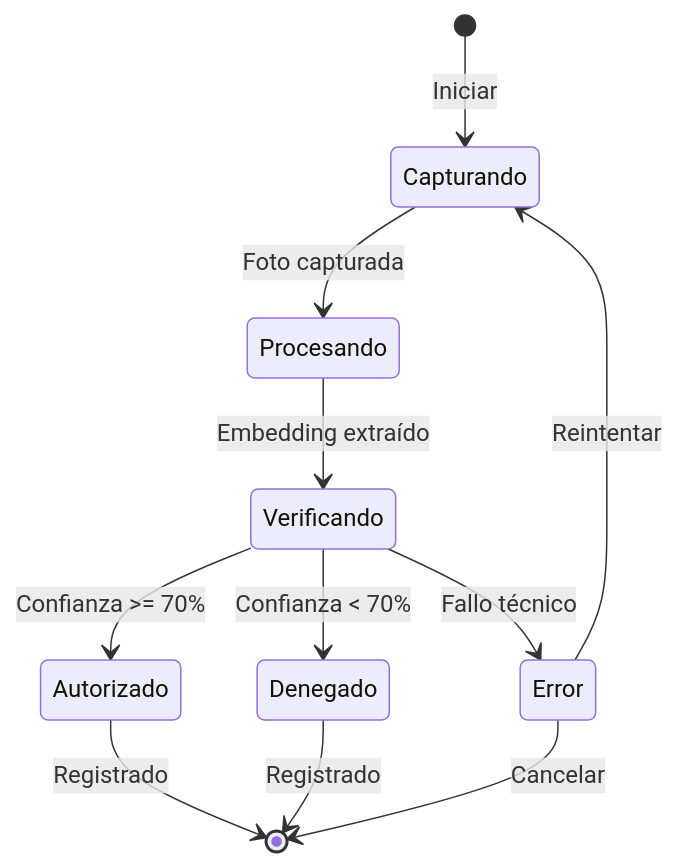
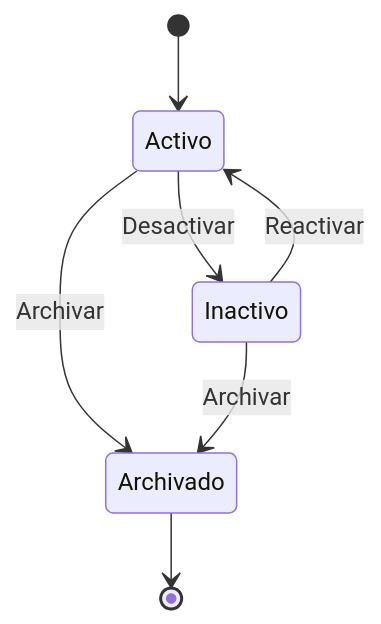
Before and after one commit to luicahleo/DocumentacionProyectos: the third of 6 diagrams in ICARUS/diagramas/estado.md, drawn with Mermaid. The commit also changed other lines of this file and 52 other files, not shown here.

````diff
--- a/ICARUS/diagramas/estado.md
+++ b/ICARUS/diagramas/estado.md
@@ -38,15 +41,9 @@
 ```mermaid
 stateDiagram-v2
-    [*] --> Capturando: Iniciar
-    Capturando --> Procesando: Foto capturada
-    Procesando --> Verificando: Embedding extraído
-    
-    Verificando --> Autorizado: Confianza >= 70%
-    Verificando --> Denegado: Confianza < 70%
-    Verificando --> Error: Fallo técnico
-    
-    Autorizado --> [*]: Registrado
-    Denegado --> [*]: Registrado
-    Error --> Capturando: Reintentar
-    Error --> [*]: Cancelar
+    [*] --> Activo
+    Activo --> Inactivo: Desactivar
+    Inactivo --> Activo: Reactivar
+    Activo --> Archivado: Archivar
+    Inactivo --> Archivado: Archivar
+    Archivado --> [*]
 ```
````
